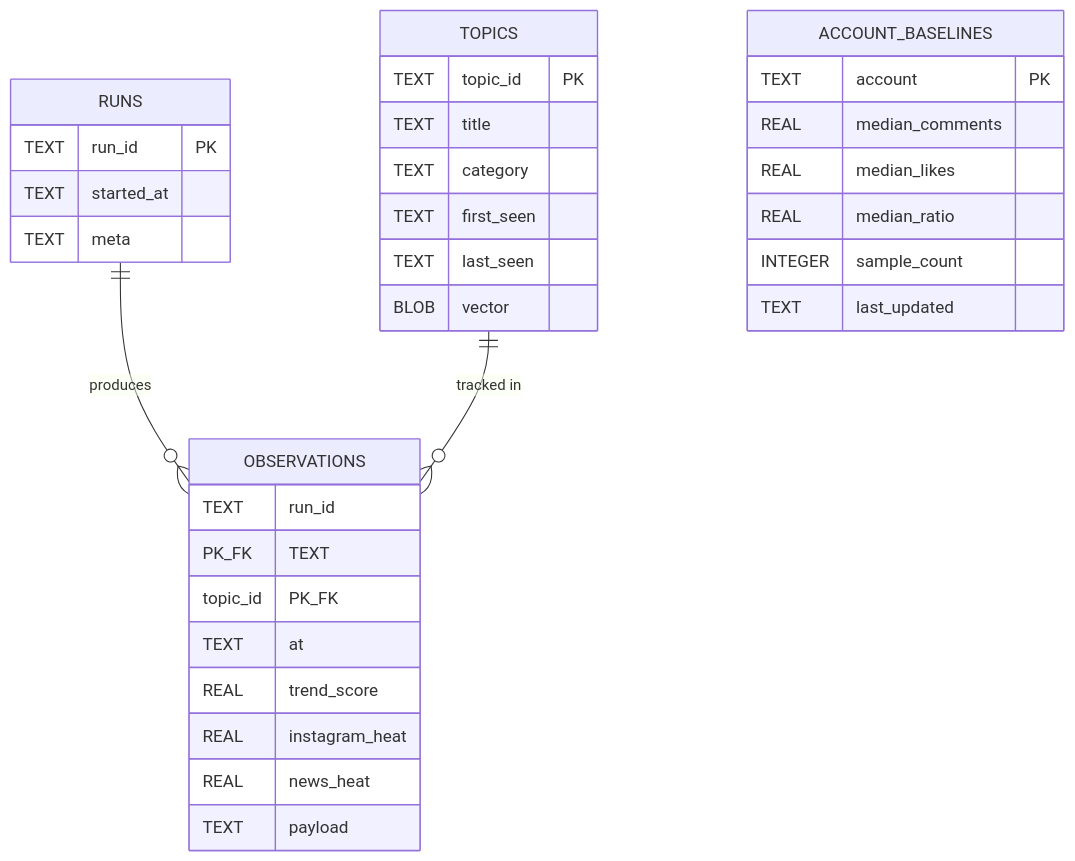
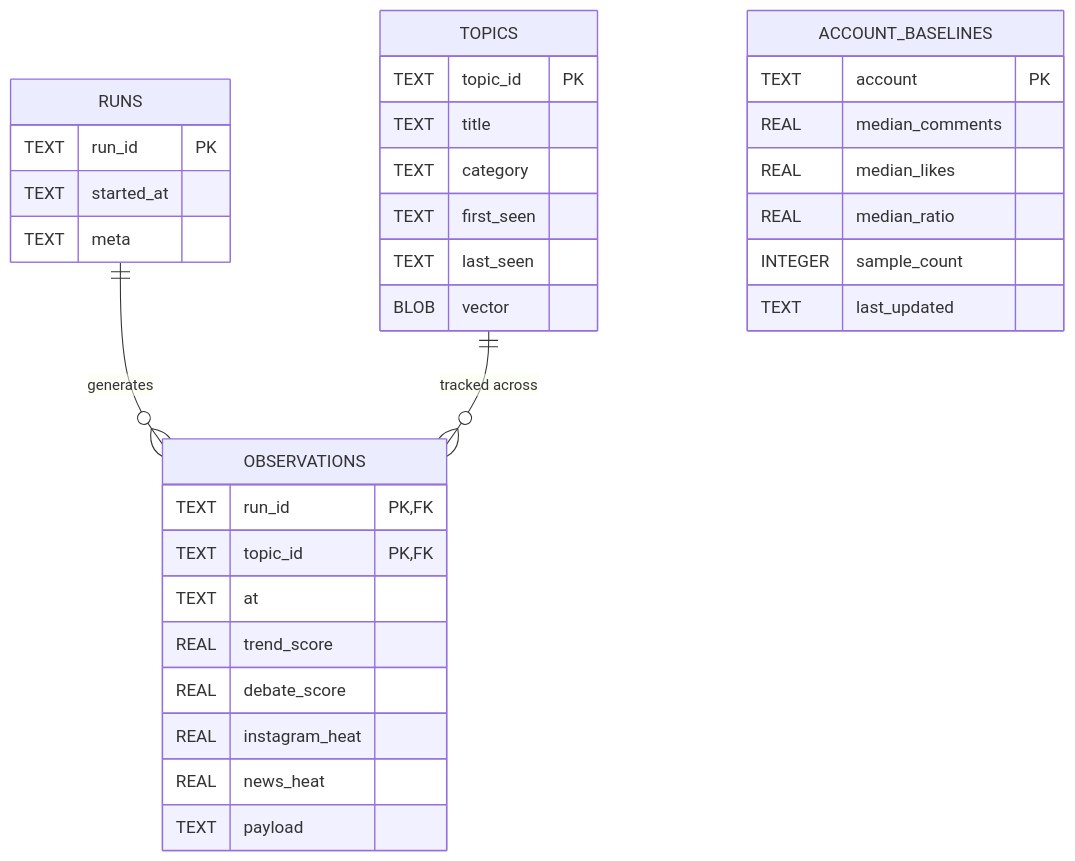
One commit to shankha06/identify-what-matters changed diagram 13 of 18 in docs/ARCHITECTURE.md. Above: the diagram before and after it, drawn with Mermaid. The commit also changed other lines of this file and 21 other files, not shown here.

````diff
--- a/docs/ARCHITECTURE.md
+++ b/docs/ARCHITECTURE.md
@@ -406,35 +609,36 @@
 ```mermaid
 erDiagram
-    RUNS ||--o{ OBSERVATIONS : produces
-    TOPICS ||--o{ OBSERVATIONS : "tracked in"
+    RUNS ||--o{ OBSERVATIONS : "generates"
+    TOPICS ||--o{ OBSERVATIONS : "tracked across"
     RUNS {
         TEXT run_id PK
         TEXT started_at
         TEXT meta
     }
     TOPICS {
         TEXT topic_id PK
         TEXT title
         TEXT category
         TEXT first_seen
         TEXT last_seen
         BLOB vector
     }
     OBSERVATIONS {
-        TEXT run_id PK_FK
-        TEXT topic_id PK_FK
+        TEXT run_id PK,FK
+        TEXT topic_id PK,FK
         TEXT at
         REAL trend_score
+        REAL debate_score
         REAL instagram_heat
         REAL news_heat
         TEXT payload
     }
     ACCOUNT_BASELINES {
         TEXT account PK
         REAL median_comments
         REAL median_likes
         REAL median_ratio
         INTEGER sample_count
         TEXT last_updated
     }
 ```
````
